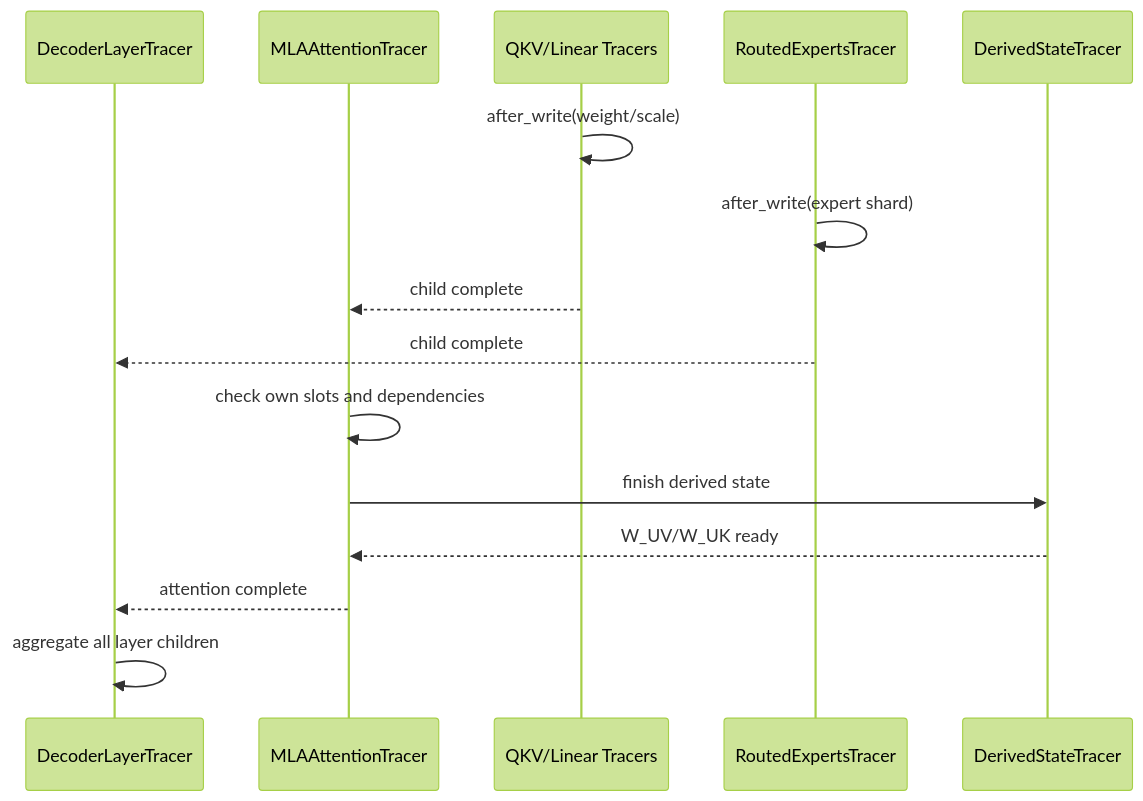
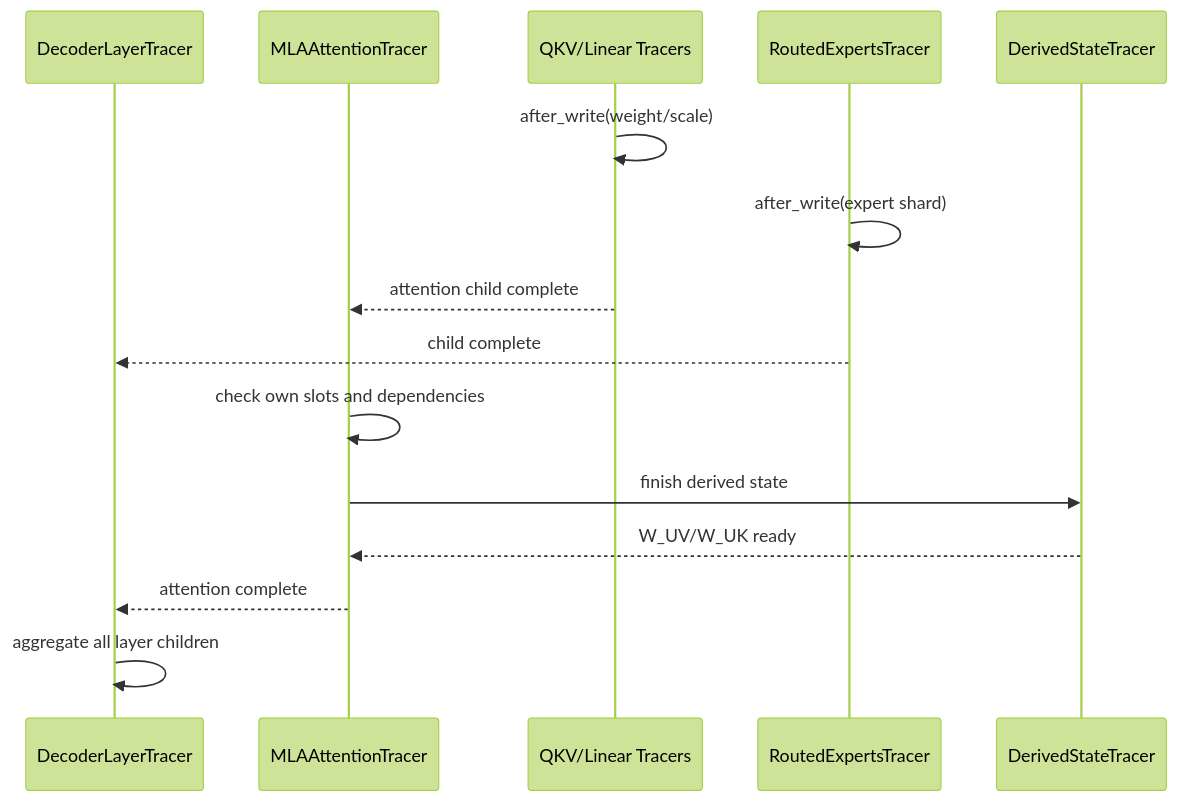
The fourth of 4 diagrams in docs/design/weight-update/weight-reload-abstraction.md (new-TonyWang/vllm), drawn with Mermaid (forest theme) before and after one commit. The commit also changed other lines of this file, not shown here.

Commit message:
docs: fix tracer dependency graph

````diff
--- a/docs/design/weight-update/weight-reload-abstraction.md
+++ b/docs/design/weight-update/weight-reload-abstraction.md
@@ -481,18 +485,18 @@
 ```mermaid
 sequenceDiagram
     participant L as DecoderLayerTracer
     participant A as MLAAttentionTracer
     participant Q as QKV/Linear Tracers
     participant E as RoutedExpertsTracer
     participant D as DerivedStateTracer
 
     Q->>Q: after_write(weight/scale)
     E->>E: after_write(expert shard)
-    Q-->>A: child complete
+    Q-->>A: attention child complete
     E-->>L: child complete
     A->>A: check own slots and dependencies
     A->>D: finish derived state
     D-->>A: W_UV/W_UK ready
     A-->>L: attention complete
     L->>L: aggregate all layer children
 ```
````
